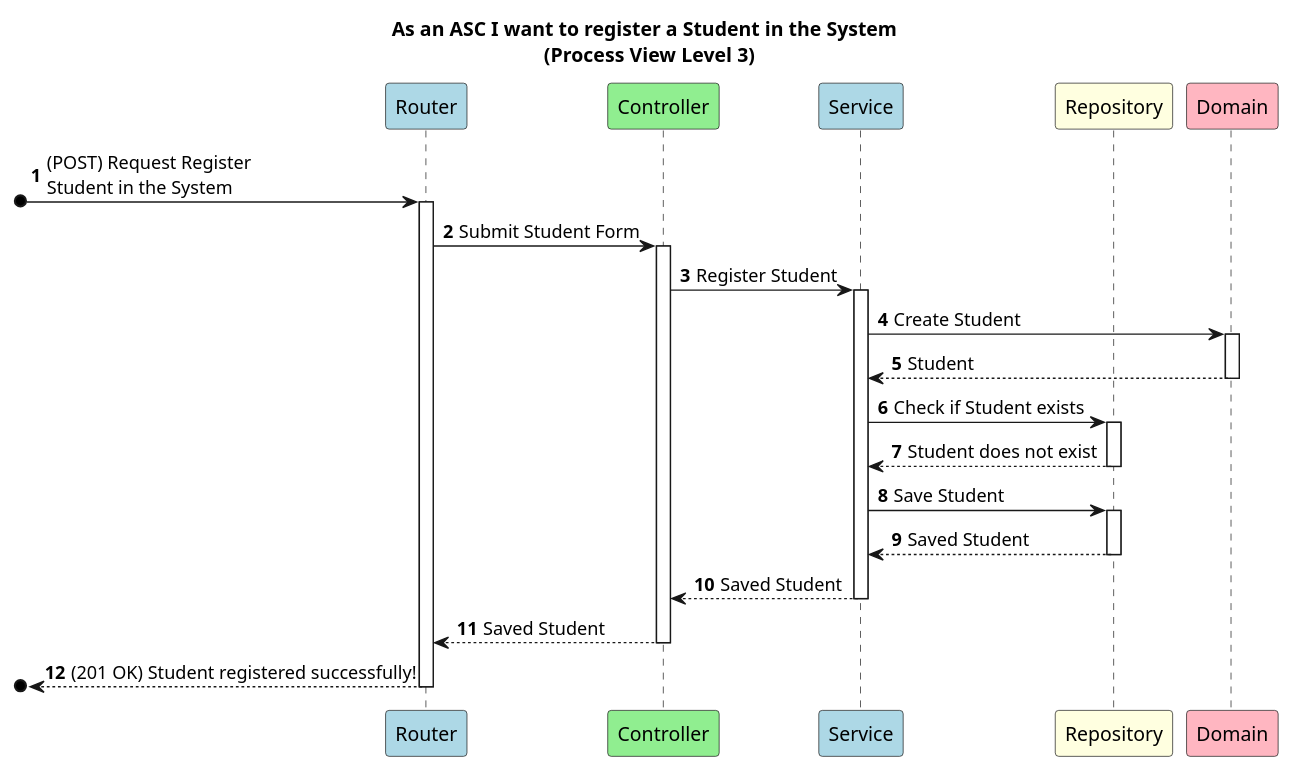
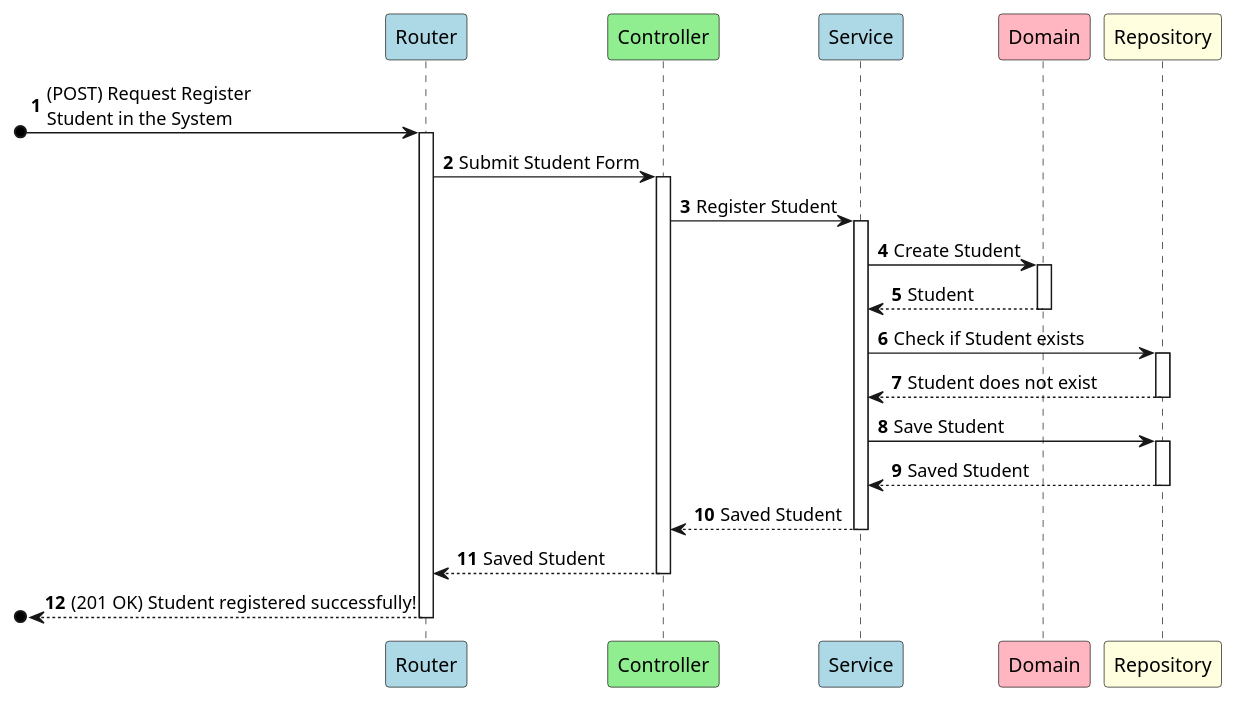
Before and after one commit to GasparISEP/DevOps-PAI: the diagram in docs/US08/ProcessView/US08Level3.puml, drawn with PlantUML. The commit also changed 4 other files, not shown here.

Commit message:
updated diagrams for US08 and 13 (#530)

```diff
--- a/docs/US08/ProcessView/US08Level3.puml
+++ b/docs/US08/ProcessView/US08Level3.puml
@@ -1,31 +1,29 @@
 @startuml
 
 autonumber
 
-title As an ASC I want to register a Student in the System \n (Process View Level 3)
-
 participant "Router" as RO #lightblue
 participant "Controller" as C #lightgreen
 participant "Service" as S #lightblue
+participant "Domain" as D #lightpink
 participant "Repository" as R #lightyellow
-participant "Domain" as D #lightpink
 
 [o-> RO ++: (POST) Request Register\nStudent in the System
 
 RO -> C ++: Submit Student Form
 C -> S ++: Register Student
 
 S -> D ++: Create Student
 D --> S --: Student
 
 S -> R ++: Check if Student exists
 R --> S --: Student does not exist
 
 S -> R ++: Save Student
 R --> S --: Saved Student
 
 S --> C --: Saved Student
 C --> RO --: Saved Student
 [o<-- RO --: (201 OK) Student registered successfully!
 
 @enduml
```
